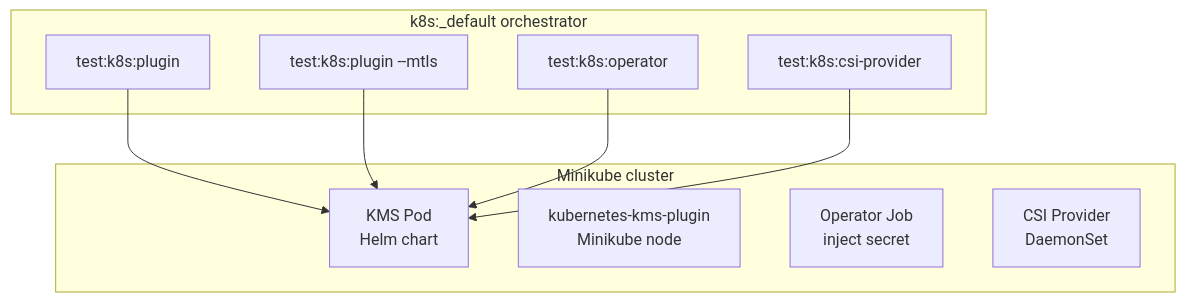
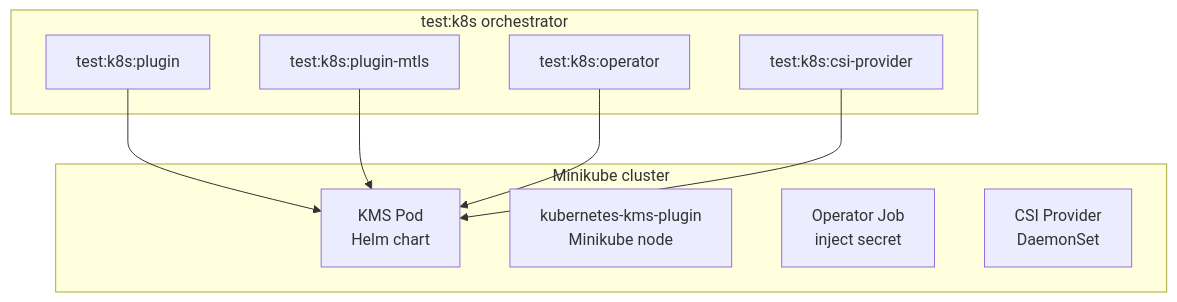
Before and after one commit to Cosmian/kms: diagram 39 of 55 in .mise/tasks/test/README.md, drawn with Mermaid. The commit also changed other lines of this file and 301 other files, not shown here.

````diff
--- a/.mise/tasks/test/README.md
+++ b/.mise/tasks/test/README.md
@@ -1218,21 +1191,21 @@
 ```mermaid
 graph TB
-    subgraph Orchestrator3["k8s:_default orchestrator"]
+    subgraph Orchestrator3["test:k8s orchestrator"]
         Plugin["test:k8s:plugin"]
-        PluginMTLS["test:k8s:plugin --mtls"]
+        PluginMTLS["test:k8s:plugin-mtls"]
         Operator["test:k8s:operator"]
         CSI["test:k8s:csi-provider"]
     end
 
     subgraph Minikube["Minikube cluster"]
         KMS_Pod["KMS Pod<br/>Helm chart"]
         Plugin_Bin["kubernetes-kms-plugin<br/>Minikube node"]
         Operator_Job["Operator Job<br/>inject secret"]
         CSI_DS["CSI Provider<br/>DaemonSet"]
     end
 
     Plugin --> KMS_Pod
     PluginMTLS --> KMS_Pod
     Operator --> KMS_Pod
     CSI --> KMS_Pod
 ```
````
